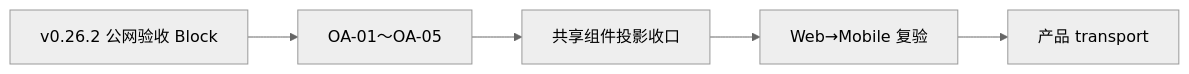
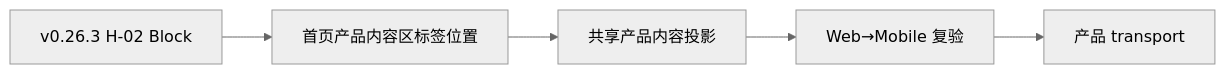
One commit to Chizheng4/xingbuild changed the diagram in docs/iterations/current.md. Above: the diagram before and after it, drawn with Mermaid (neutral theme). The commit also changed other lines of this file and 11 other files, not shown here.

````diff
--- a/docs/iterations/current.md
+++ b/docs/iterations/current.md
@@ -15,7 +15,7 @@
 ```mermaid
 flowchart LR
-  A[v0.26.2 公网验收 Block] --> B[OA-01～OA-05]
-  B --> C[共享组件投影收口]
+  A[v0.26.3 H-02 Block] --> B[首页产品内容区标签位置]
+  B --> C[共享产品内容投影]
   C --> D[Web→Mobile 复验]
   D --> E[产品 transport]
 ```
````
